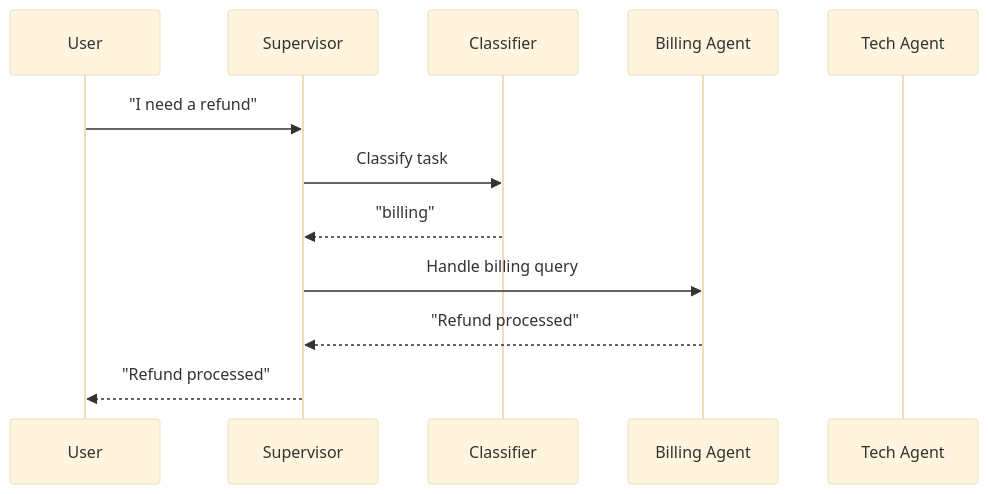
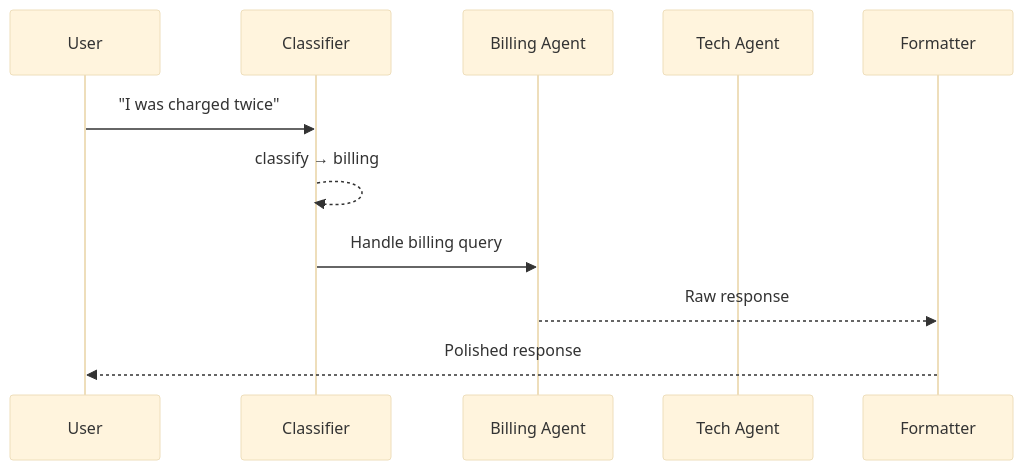
One commit to pyagent-core/pyagent changed the diagram in docs/patterns/orchestration/supervisor.md. Above: the diagram before and after it, drawn with Mermaid (base theme). The commit also changed other lines of this file and 152 other files, not shown here.

````diff
--- a/docs/patterns/orchestration/supervisor.md
+++ b/docs/patterns/orchestration/supervisor.md
@@ -7,15 +12,14 @@
 ```mermaid
 sequenceDiagram
     participant U as User
-    participant S as Supervisor
     participant C as Classifier
     participant B as Billing Agent
     participant T as Tech Agent
+    participant F as Formatter
 
-    U->>S: "I need a refund"
-    S->>C: Classify task
-    C-->>S: "billing"
-    S->>B: Handle billing query
-    B-->>S: "Refund processed"
-    S-->>U: "Refund processed"
+    U->>C: "I was charged twice"
+    C-->>C: classify → billing
+    C->>B: Handle billing query
+    B-->>F: Raw response
+    F-->>U: Polished response
 ```
````
